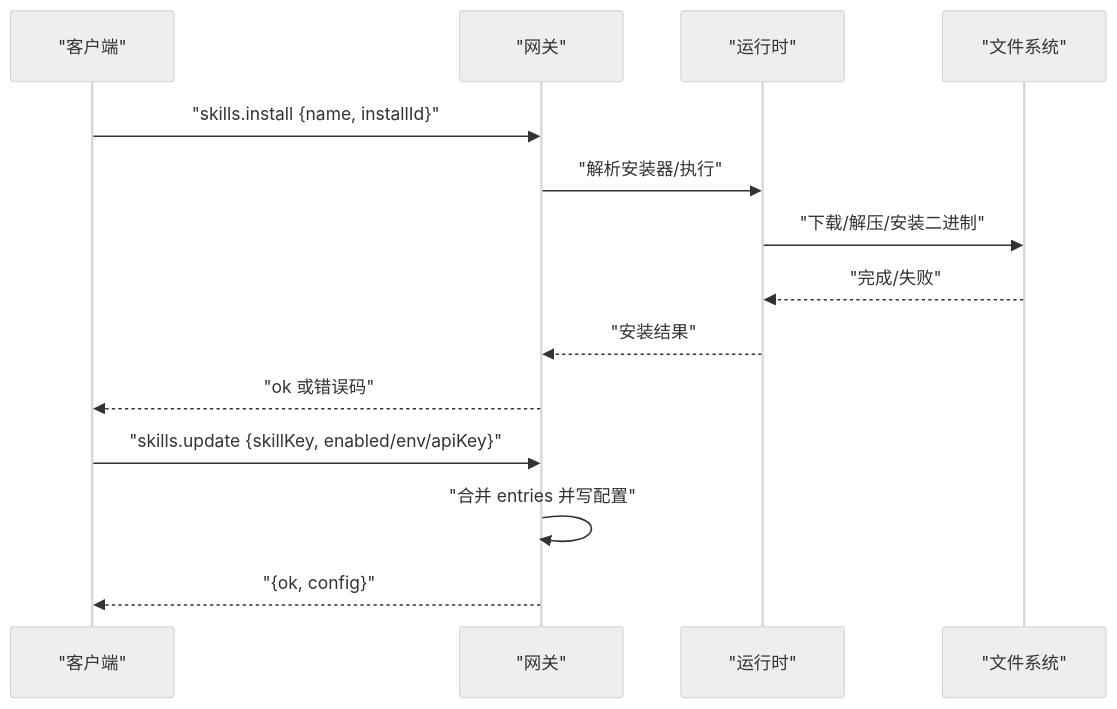
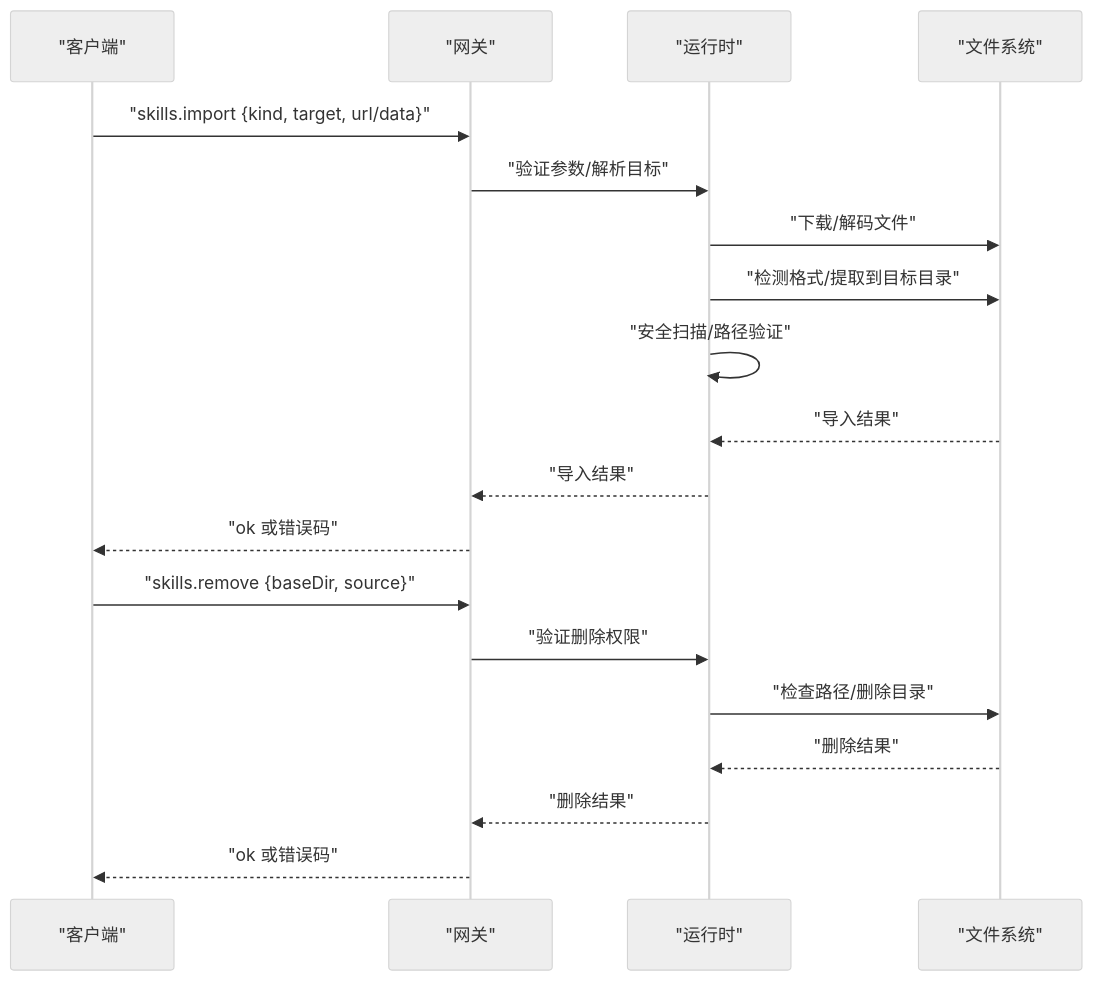
The sixth of 9 diagrams in .qoder/repowiki/zh/content/技能平台/技能管理.md (verse-ai-org/openclaw), drawn with Mermaid (neutral theme) before and after one commit. The commit also changed other lines of this file and 33 other files, not shown here.

````diff
--- a/.qoder/repowiki/zh/content/技能平台/技能管理.md
+++ b/.qoder/repowiki/zh/content/技能平台/技能管理.md
@@ -278,16 +339,21 @@
 ```mermaid
 sequenceDiagram
 participant C as "客户端"
 participant GW as "网关"
 participant RT as "运行时"
 participant FS as "文件系统"
-C->>GW : "skills.install {name, installId}"
-GW->>RT : "解析安装器/执行"
-RT->>FS : "下载/解压/安装二进制"
-FS-->>RT : "完成/失败"
-RT-->>GW : "安装结果"
+C->>GW : "skills.import {kind, target, url/data}"
+GW->>RT : "验证参数/解析目标"
+RT->>FS : "下载/解码文件"
+RT->>FS : "检测格式/提取到目标目录"
+RT->>RT : "安全扫描/路径验证"
+FS-->>RT : "导入结果"
+RT-->>GW : "导入结果"
 GW-->>C : "ok 或错误码"
-C->>GW : "skills.update {skillKey, enabled/env/apiKey}"
-GW->>GW : "合并 entries 并写配置"
-GW-->>C : "{ok, config}"
+C->>GW : "skills.remove {baseDir, source}"
+GW->>RT : "验证删除权限"
+RT->>FS : "检查路径/删除目录"
+FS-->>RT : "删除结果"
+RT-->>GW : "删除结果"
+GW-->>C : "ok 或错误码"
 ```
````
